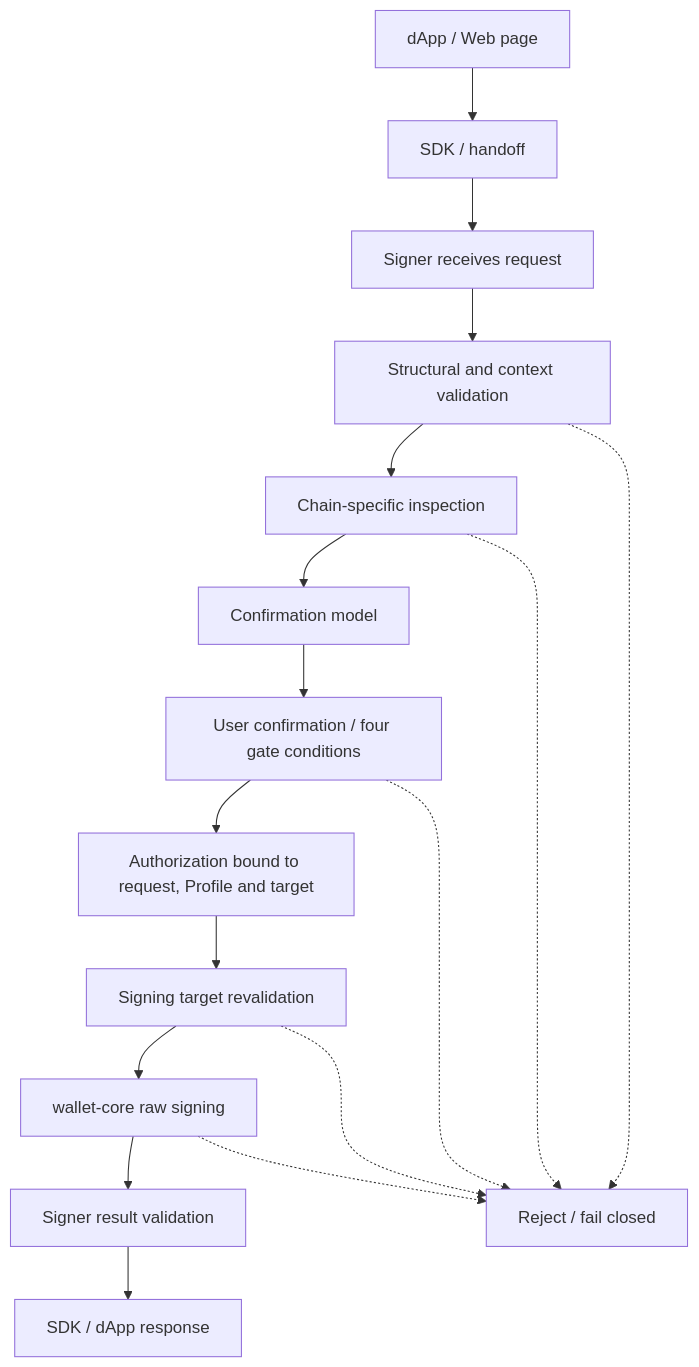
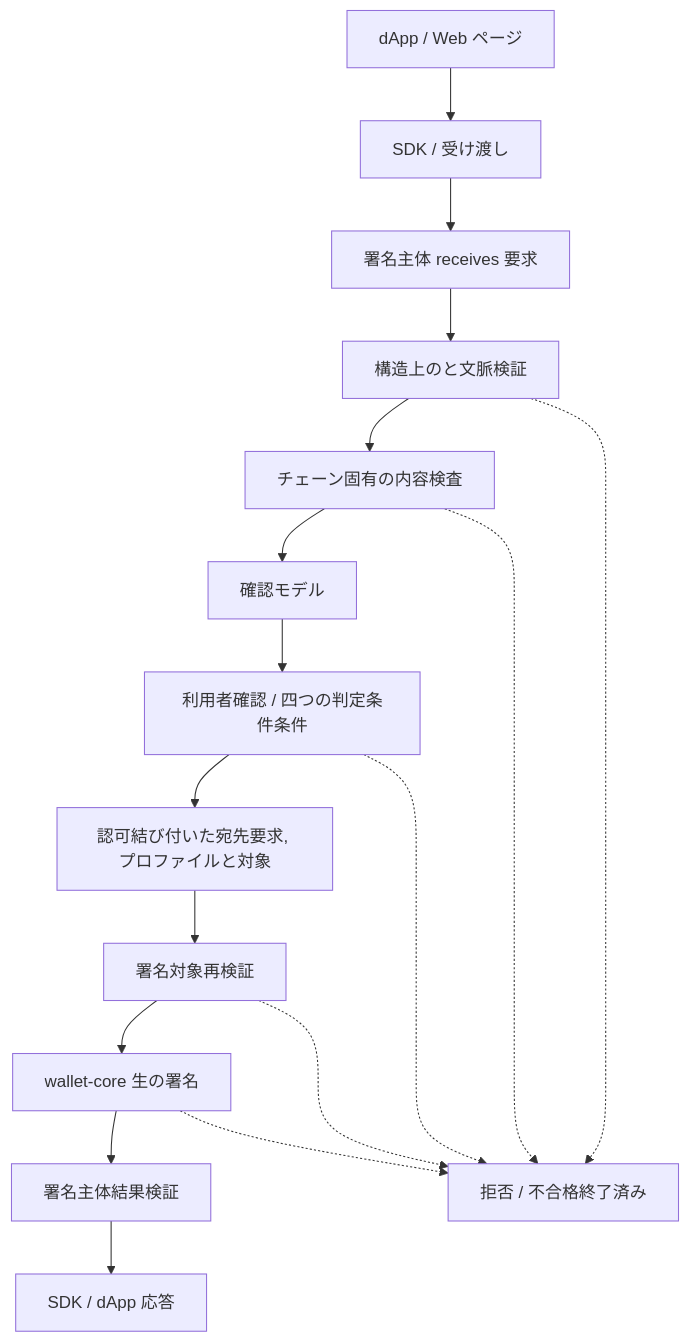
The first of 2 diagrams in docs/design/signing-flow.md (MosaicLynx/MosaicLynx), drawn with Mermaid before and after one commit. The commit also changed other lines of this file and 135 other files, not shown here.

````diff
--- a/docs/design/signing-flow.md
+++ b/docs/design/signing-flow.md
@@ -233,19 +233,19 @@
 ```mermaid
 flowchart TD
-    D[dApp / Web page] --> S[SDK / handoff]
-    S --> R[Signer receives request]
-    R --> V[Structural and context validation]
-    V --> I[Chain-specific inspection]
-    I --> C[Confirmation model]
-    C --> U[User confirmation / four gate conditions]
-    U --> A[Authorization bound to request, Profile and target]
-    A --> T[Signing target revalidation]
-    T --> W[wallet-core raw signing]
-    W --> Q[Signer result validation]
-    Q --> O[SDK / dApp response]
-    V -.-> X[Reject / fail closed]
+    D[dApp / Web ページ] --> S[SDK / 受け渡し]
+    S --> R[署名主体 receives 要求]
+    R --> V[構造上のと文脈検証]
+    V --> I[チェーン固有の内容検査]
+    I --> C[確認モデル]
+    C --> U[利用者確認 / 四つの判定条件条件]
+    U --> A[認可結び付いた宛先要求, プロファイルと対象]
+    A --> T[署名対象再検証]
+    T --> W[wallet-core 生の署名]
+    W --> Q[署名主体結果検証]
+    Q --> O[SDK / dApp 応答]
+    V -.-> X[拒否 / 不合格終了済み]
     I -.-> X
     U -.-> X
     T -.-> X
     W -.-> X
 ```
````
